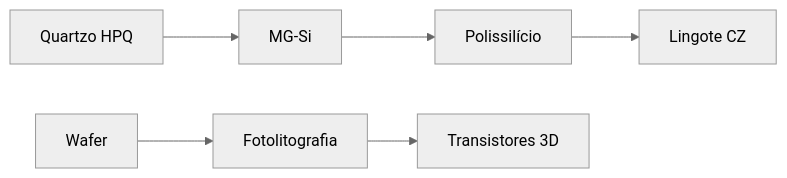
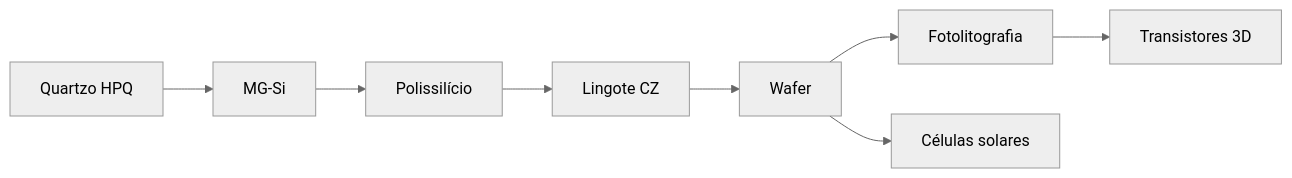
The diagram in docs/index.md (FelipeEstevanatto/chipmaking), drawn with Mermaid (neutral theme) before and after one commit. The commit also changed 7 other files, not shown here.

````diff
--- a/docs/index.md
+++ b/docs/index.md
@@ -48,8 +48,10 @@
 ```mermaid
 flowchart LR
   A[Quartzo HPQ] --> B[MG-Si]
   B --> C[Polissilício]
   C --> D[Lingote CZ]
-  E[Wafer] --> F[Fotolitografia]
+  D --> E[Wafer]
+  E --> F[Fotolitografia]
   F --> G[Transistores 3D]
+  E --> H[Células solares]
 ```
````
